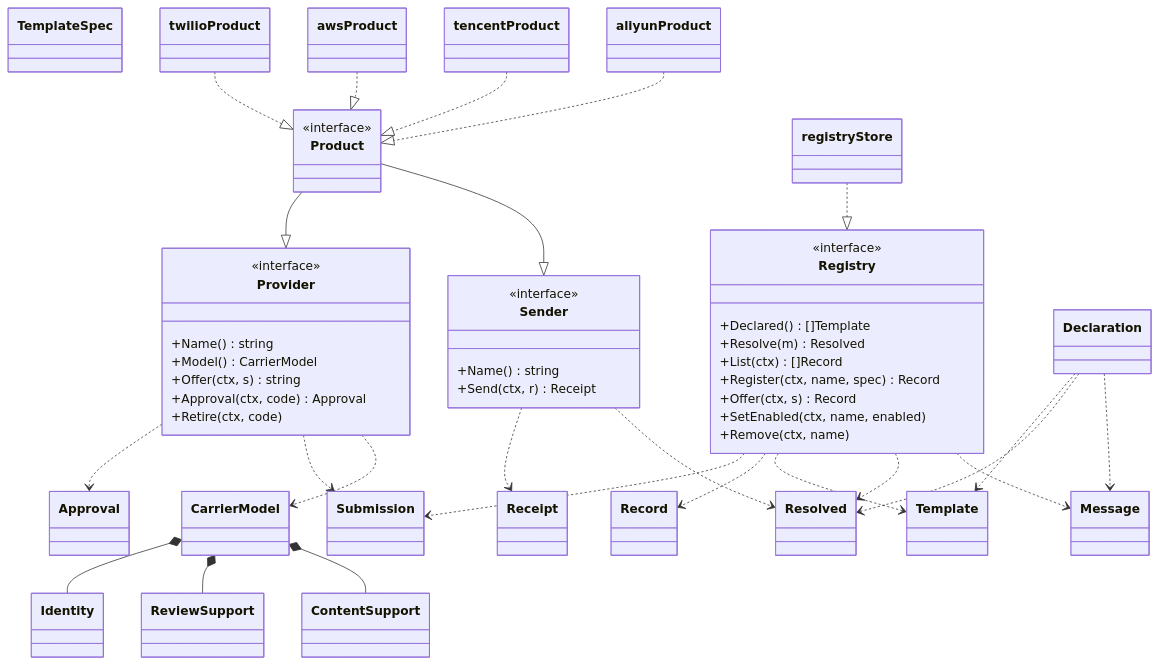
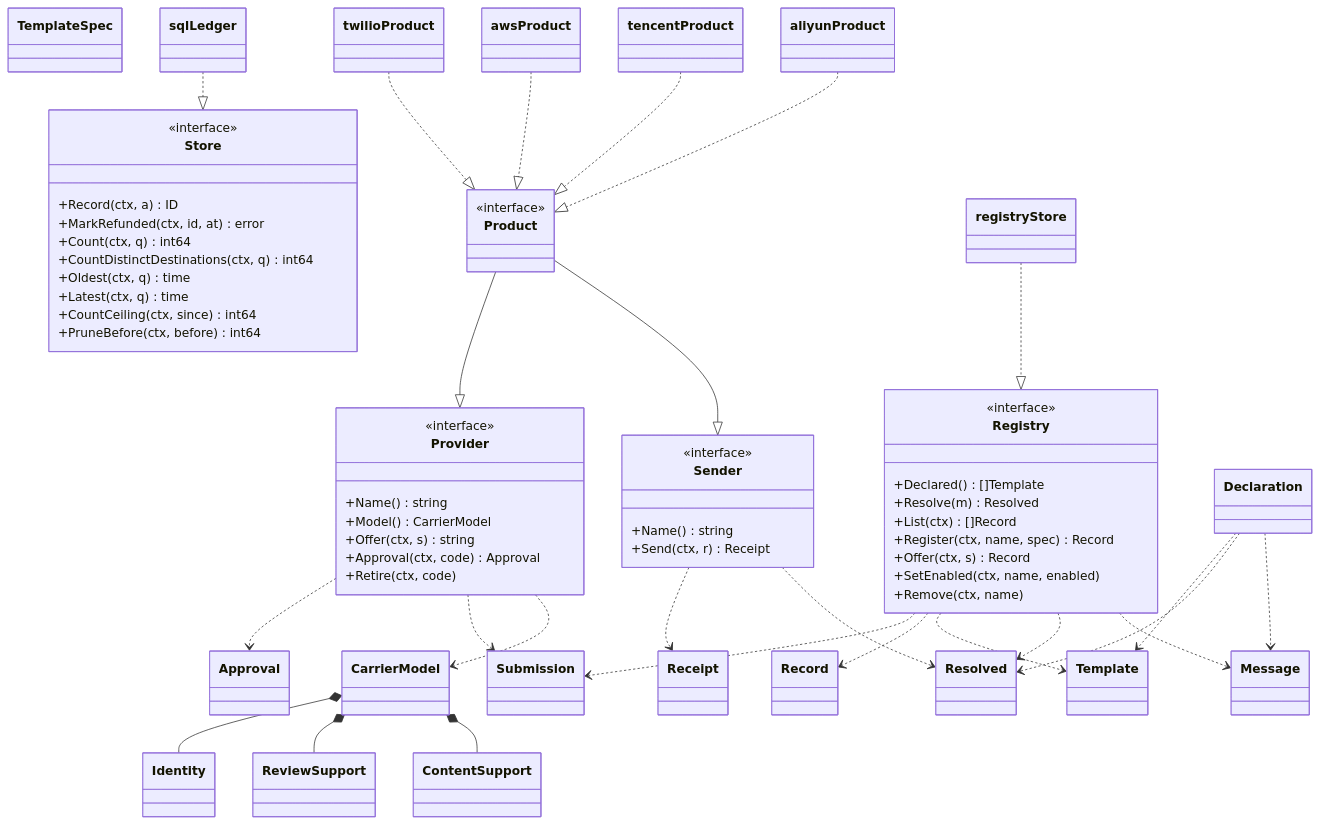
The diagram in docs/design/modules/design-sms.md (wangzw/speed), drawn with Mermaid before and after one commit. The commit also changed other lines of this file and 19 other files, not shown here.

```diff
--- a/docs/design/modules/design-sms.md
+++ b/docs/design/modules/design-sms.md
@@ -370,6 +400,17 @@
     class Product {
         <<interface>>
     }
+    class Store {
+        <<interface>>
+        +Record(ctx, a) ID
+        +MarkRefunded(ctx, id, at) error
+        +Count(ctx, q) int64
+        +CountDistinctDestinations(ctx, q) int64
+        +Oldest(ctx, q) time
+        +Latest(ctx, q) time
+        +CountCeiling(ctx, since) int64
+        +PruneBefore(ctx, before) int64
+    }
     class Message
     class Receipt
     class Resolved
@@ -384,6 +425,7 @@
     class ContentSupport
     class ReviewSupport
     class registryStore
+    class sqlLedger
     class aliyunProduct
     class tencentProduct
     class awsProduct
@@ -395,6 +437,7 @@
     CarrierModel *-- ReviewSupport
     CarrierModel *-- Identity
     registryStore ..|> Registry
+    sqlLedger ..|> Store
     aliyunProduct ..|> Product
     tencentProduct ..|> Product
     awsProduct ..|> Product
```
